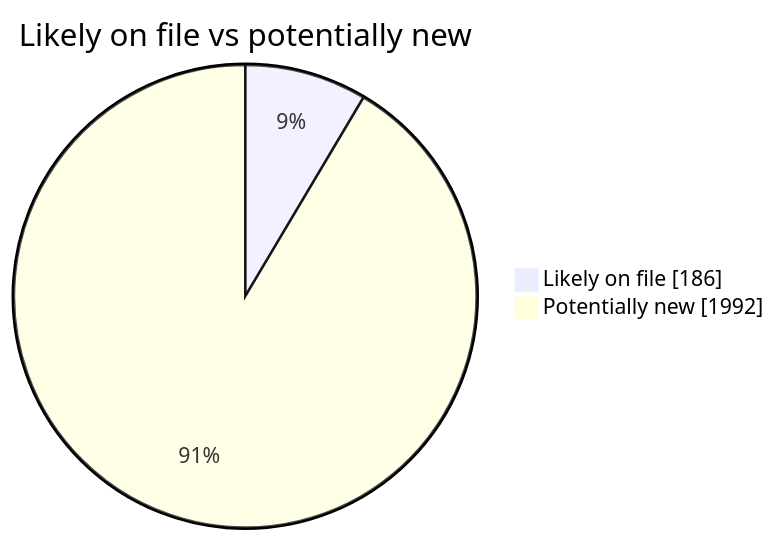
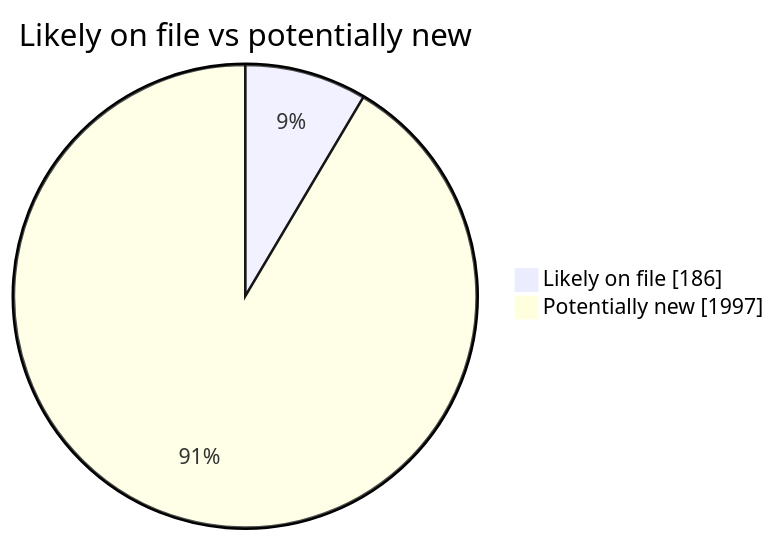
Before and after one commit to martinbalfanz/social-scanner-reports: the second of 4 diagrams in README.md, drawn with Mermaid. The commit also changed other lines of this file and 4 other files, not shown here.

````diff
--- a/README.md
+++ b/README.md
@@ -40,5 +40,5 @@
 ```mermaid
 pie showData title Likely on file vs potentially new
     "Likely on file" : 186
-    "Potentially new" : 1992
+    "Potentially new" : 1997
 ```
````
